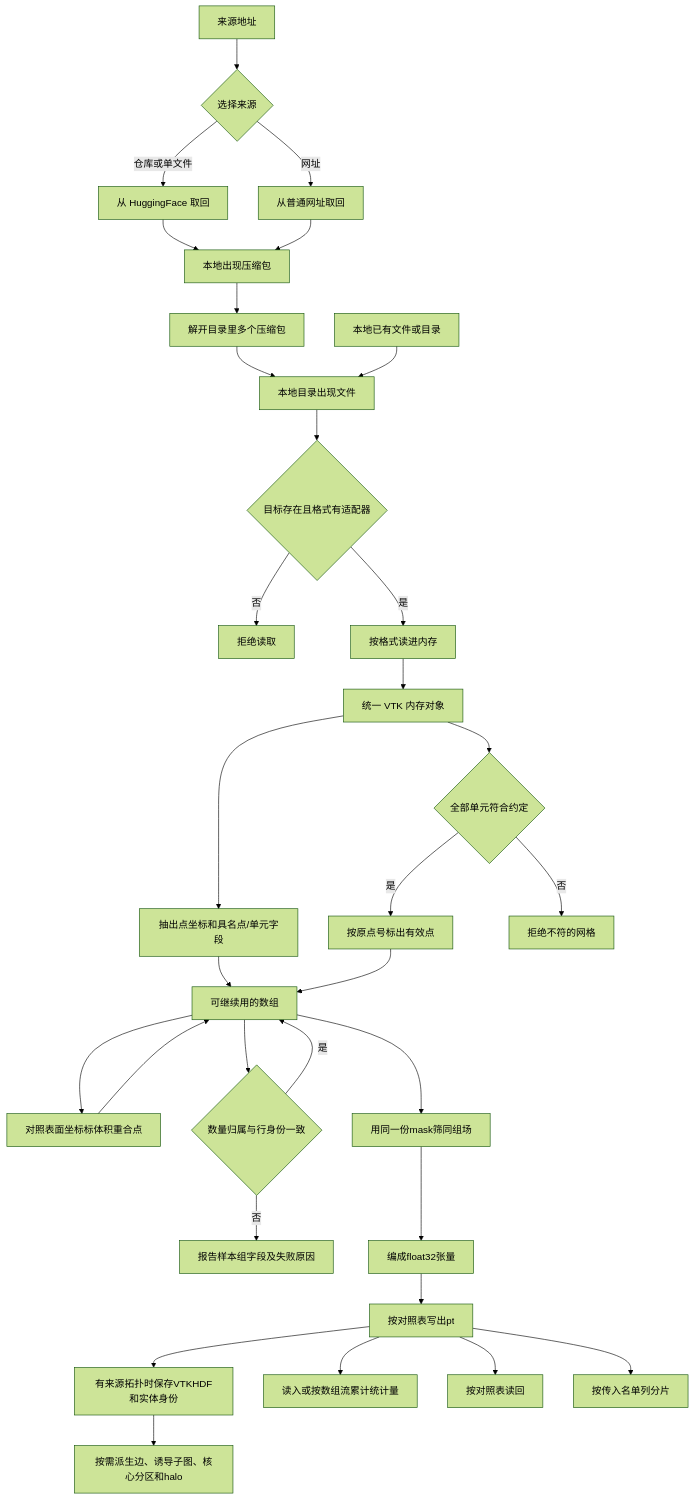
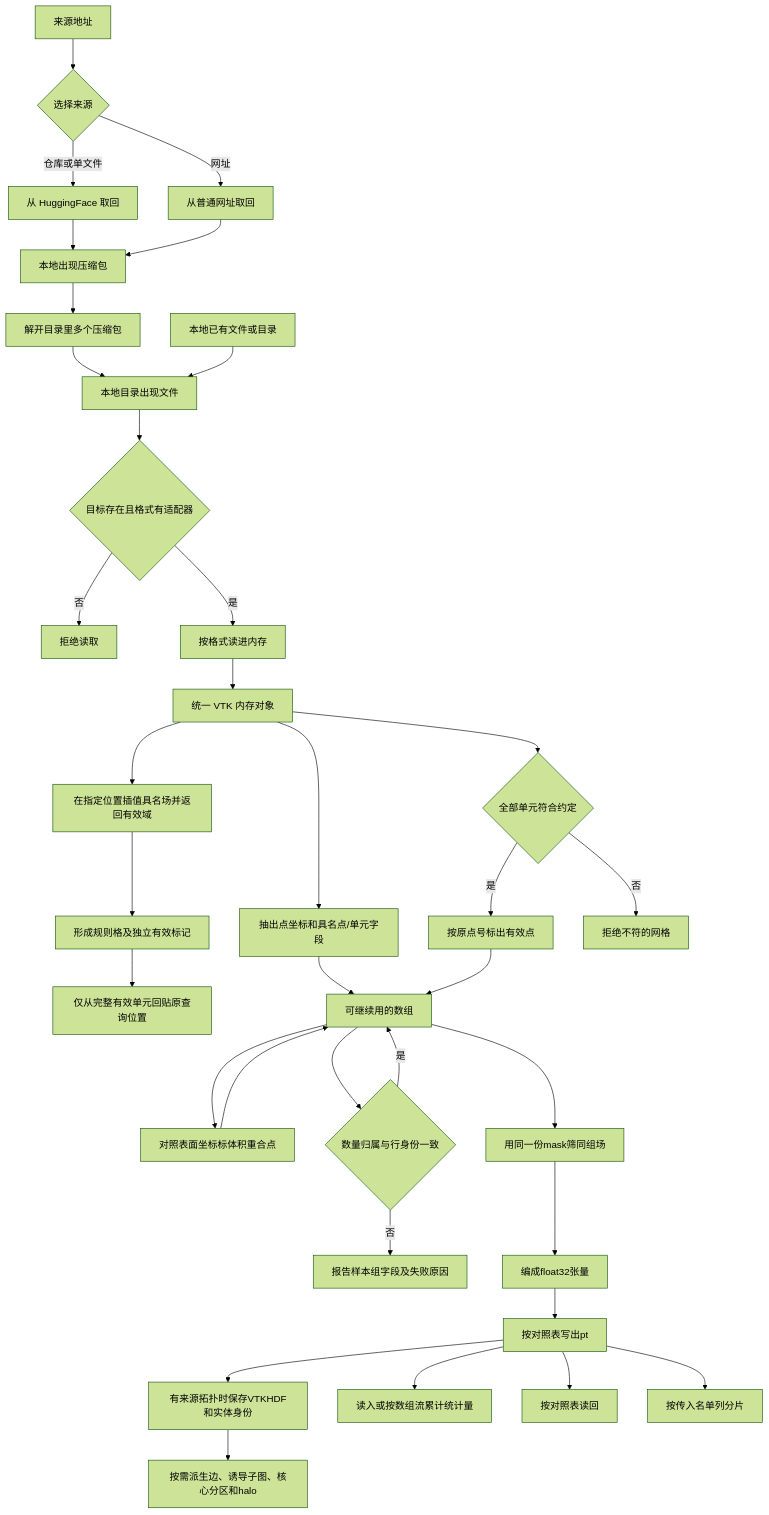
The first of 14 diagrams in docs/PRD/ai4e-core/abilities/PRD.md (qweaxdzsc/AI4E_dojo), drawn with Mermaid (forest theme) before and after one commit. The commit also changed other lines of this file and 1030 other files, not shown here.

````diff
--- a/docs/PRD/ai4e-core/abilities/PRD.md
+++ b/docs/PRD/ai4e-core/abilities/PRD.md
@@ -115,34 +125,37 @@
 ```mermaid
 flowchart TD
   src[来源地址] --> choose{选择来源}
   choose -->|仓库或单文件| hf[从 HuggingFace 取回]
   choose -->|网址| url[从普通网址取回]
   hf --> packs[本地出现压缩包]
   url --> packs
   packs --> unzip[解开目录里多个压缩包]
   unzip --> disk[本地目录出现文件]
   local[本地已有文件或目录] --> disk
   disk --> exist{目标存在且格式有适配器}
   exist -->|否| fail[拒绝读取]
   exist -->|是| adapt[按格式读进内存]
   adapt --> native[统一 VTK 内存对象]
   native --> extract[抽出点坐标和具名点/单元字段]
+  native --> probe[在指定位置插值具名场并返回有效域]
+  probe --> regular[形成规则格及独立有效标记]
+  regular --> backMap[仅从完整有效单元回贴原查询位置]
   native --> topology{全部单元符合约定}
   topology -->|是| mask[按原点号标出有效点]
   topology -->|否| rejectMask[拒绝不符的网格]
   extract --> arrays[可继续用的数组]
   mask --> arrays
   arrays --> coincide[对照表面坐标标体积重合点]
   arrays --> align{数量归属与行身份一致}
   coincide --> arrays
   align -->|否| rejectAlign[报告样本组字段及失败原因]
   align -->|是| arrays
   arrays --> applyMask[用同一份mask筛同组场]
   applyMask --> encode[编成float32张量]
   encode --> store[按对照表写出pt]
   store --> meshAsset[有来源拓扑时保存VTKHDF和实体身份]
   meshAsset --> graphPrep[按需派生边、诱导子图、核心分区和halo]
   store --> stats[读入或按数组流累计统计量]
   store --> readBack[按对照表读回]
   store --> lists[按传入名单列分片]
 ```
````
